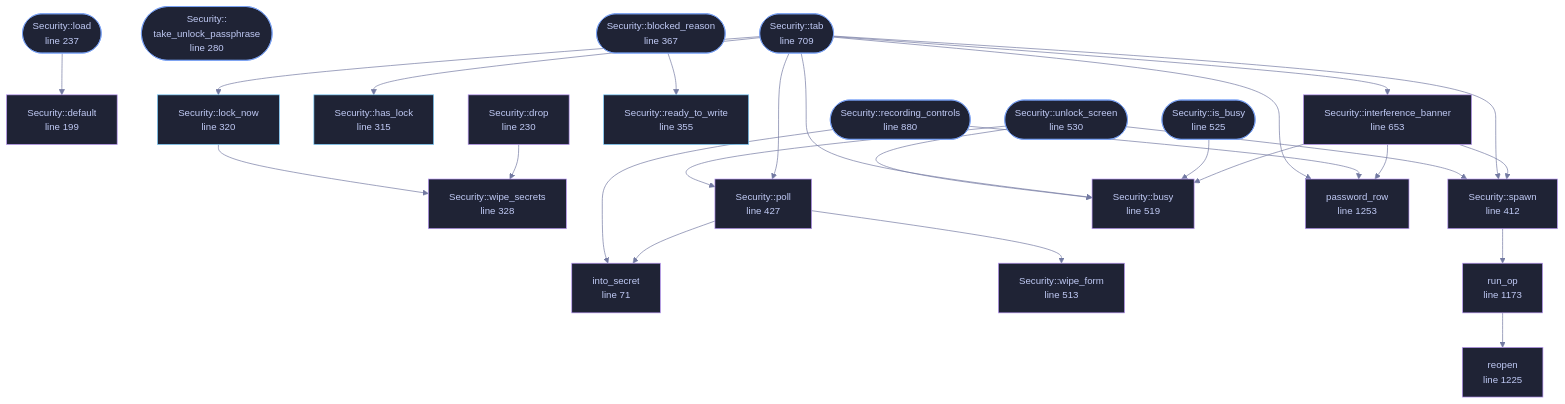
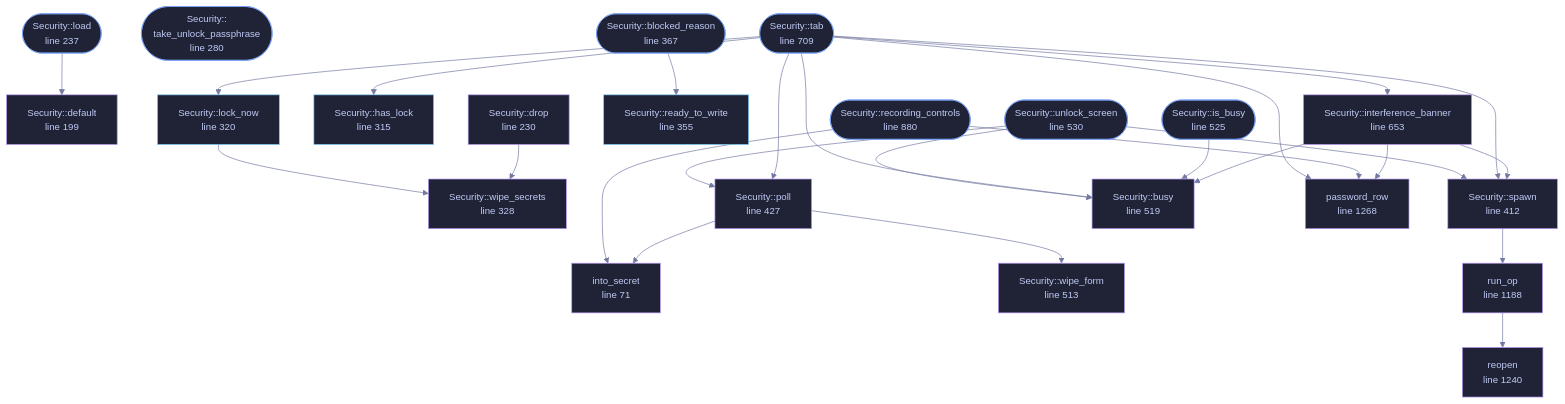
The diagram in wiki/File-veilvoice-gui-security.md (tilas01/veilvoice), drawn with Mermaid before and after one commit. The commit also changed other lines of this file and 64 other files, not shown here.

````diff
--- a/wiki/File-veilvoice-gui-security.md
+++ b/wiki/File-veilvoice-gui-security.md
@@ -119,78 +119,78 @@
 ```mermaid
 %%{init: {"theme":"base","themeVariables":{"background":"#1a1b26","primaryColor":"#1f2335","primaryTextColor":"#c0caf5","primaryBorderColor":"#7aa2f7","secondaryColor":"#16161e","tertiaryColor":"#16161e","lineColor":"#737aa2","textColor":"#c0caf5","mainBkg":"#1f2335","nodeBorder":"#7aa2f7","clusterBkg":"#16161e","clusterBorder":"#2f3549","fontFamily":"ui-monospace, SFMono-Regular, Consolas, monospace","fontSize":"14px"}}}%%
 flowchart TD
     n_into_secret["into_secret<br/>line 71"]
     n_default["Security::default<br/>line 199"]
     n_drop["Security::drop<br/>line 230"]
     n_load(["Security::load<br/>line 237"])
     n_take_unlock_passphrase(["Security::<br/>take_unlock_passphrase<br/>line 280"])
     n_has_lock["Security::has_lock<br/>line 315"]
     n_lock_now["Security::lock_now<br/>line 320"]
     n_wipe_secrets["Security::wipe_secrets<br/>line 328"]
     n_ready_to_write["Security::ready_to_write<br/>line 355"]
     n_blocked_reason(["Security::blocked_reason<br/>line 367"])
     n_spawn["Security::spawn<br/>line 412"]
     n_poll["Security::poll<br/>line 427"]
     n_wipe_form["Security::wipe_form<br/>line 513"]
     n_busy["Security::busy<br/>line 519"]
     n_is_busy(["Security::is_busy<br/>line 525"])
     n_unlock_screen(["Security::unlock_screen<br/>line 530"])
     n_interference_banner["Security::interference_banner<br/>line 653"]
     n_tab(["Security::tab<br/>line 709"])
     n_recording_controls(["Security::recording_controls<br/>line 880"])
-    n_run_op["run_op<br/>line 1173"]
-    n_reopen["reopen<br/>line 1225"]
-    n_password_row["password_row<br/>line 1253"]
+    n_run_op["run_op<br/>line 1188"]
+    n_reopen["reopen<br/>line 1240"]
+    n_password_row["password_row<br/>line 1268"]
     n_blocked_reason --> n_ready_to_write
     n_drop --> n_wipe_secrets
     n_interference_banner --> n_busy
     n_interference_banner --> n_password_row
     n_interference_banner --> n_spawn
     n_is_busy --> n_busy
     n_load --> n_default
     n_lock_now --> n_wipe_secrets
     n_poll --> n_into_secret
     n_poll --> n_wipe_form
     n_recording_controls --> n_into_secret
     n_recording_controls --> n_password_row
     n_run_op --> n_reopen
     n_spawn --> n_run_op
     n_tab --> n_busy
     n_tab --> n_has_lock
     n_tab --> n_interference_banner
     n_tab --> n_lock_now
     n_tab --> n_password_row
     n_tab --> n_poll
     n_tab --> n_spawn
     n_unlock_screen --> n_busy
     n_unlock_screen --> n_poll
     n_unlock_screen --> n_spawn
     click n_into_secret href "https://github.com/tilas01/veilvoice/blob/main/crates/veilvoice-gui/src/security.rs#L71" "open the source"
     click n_default href "https://github.com/tilas01/veilvoice/blob/main/crates/veilvoice-gui/src/security.rs#L199" "open the source"
     click n_drop href "https://github.com/tilas01/veilvoice/blob/main/crates/veilvoice-gui/src/security.rs#L230" "open the source"
     click n_load href "https://github.com/tilas01/veilvoice/blob/main/crates/veilvoice-gui/src/security.rs#L237" "open the source"
     click n_take_unlock_passphrase href "https://github.com/tilas01/veilvoice/blob/main/crates/veilvoice-gui/src/security.rs#L280" "open the source"
     click n_has_lock href "https://github.com/tilas01/veilvoice/blob/main/crates/veilvoice-gui/src/security.rs#L315" "open the source"
     click n_lock_now href "https://github.com/tilas01/veilvoice/blob/main/crates/veilvoice-gui/src/security.rs#L320" "open the source"
     click n_wipe_secrets href "https://github.com/tilas01/veilvoice/blob/main/crates/veilvoice-gui/src/security.rs#L328" "open the source"
     click n_ready_to_write href "https://github.com/tilas01/veilvoice/blob/main/crates/veilvoice-gui/src/security.rs#L355" "open the source"
     click n_blocked_reason href "https://github.com/tilas01/veilvoice/blob/main/crates/veilvoice-gui/src/security.rs#L367" "open the source"
     click n_spawn href "https://github.com/tilas01/veilvoice/blob/main/crates/veilvoice-gui/src/security.rs#L412" "open the source"
     click n_poll href "https://github.com/tilas01/veilvoice/blob/main/crates/veilvoice-gui/src/security.rs#L427" "open the source"
     click n_wipe_form href "https://github.com/tilas01/veilvoice/blob/main/crates/veilvoice-gui/src/security.rs#L513" "open the source"
     click n_busy href "https://github.com/tilas01/veilvoice/blob/main/crates/veilvoice-gui/src/security.rs#L519" "open the source"
     click n_is_busy href "https://github.com/tilas01/veilvoice/blob/main/crates/veilvoice-gui/src/security.rs#L525" "open the source"
     click n_unlock_screen href "https://github.com/tilas01/veilvoice/blob/main/crates/veilvoice-gui/src/security.rs#L530" "open the source"
     click n_interference_banner href "https://github.com/tilas01/veilvoice/blob/main/crates/veilvoice-gui/src/security.rs#L653" "open the source"
     click n_tab href "https://github.com/tilas01/veilvoice/blob/main/crates/veilvoice-gui/src/security.rs#L709" "open the source"
     click n_recording_controls href "https://github.com/tilas01/veilvoice/blob/main/crates/veilvoice-gui/src/security.rs#L880" "open the source"
-    click n_run_op href "https://github.com/tilas01/veilvoice/blob/main/crates/veilvoice-gui/src/security.rs#L1173" "open the source"
-    click n_reopen href "https://github.com/tilas01/veilvoice/blob/main/crates/veilvoice-gui/src/security.rs#L1225" "open the source"
-    click n_password_row href "https://github.com/tilas01/veilvoice/blob/main/crates/veilvoice-gui/src/security.rs#L1253" "open the source"
+    click n_run_op href "https://github.com/tilas01/veilvoice/blob/main/crates/veilvoice-gui/src/security.rs#L1188" "open the source"
+    click n_reopen href "https://github.com/tilas01/veilvoice/blob/main/crates/veilvoice-gui/src/security.rs#L1240" "open the source"
+    click n_password_row href "https://github.com/tilas01/veilvoice/blob/main/crates/veilvoice-gui/src/security.rs#L1268" "open the source"
     classDef entry fill:#1f2335,stroke:#7aa2f7,color:#c0caf5
     class n_load,n_take_unlock_passphrase,n_blocked_reason,n_is_busy,n_unlock_screen,n_tab,n_recording_controls entry
     classDef api fill:#1f2335,stroke:#7dcfff,color:#c0caf5
     class n_has_lock,n_lock_now,n_ready_to_write api
     classDef helper fill:#1f2335,stroke:#bb9af7,color:#c0caf5
     class n_into_secret,n_default,n_drop,n_wipe_secrets,n_spawn,n_poll,n_wipe_form,n_busy,n_interference_banner,n_run_op,n_reopen,n_password_row helper
 ```
````
